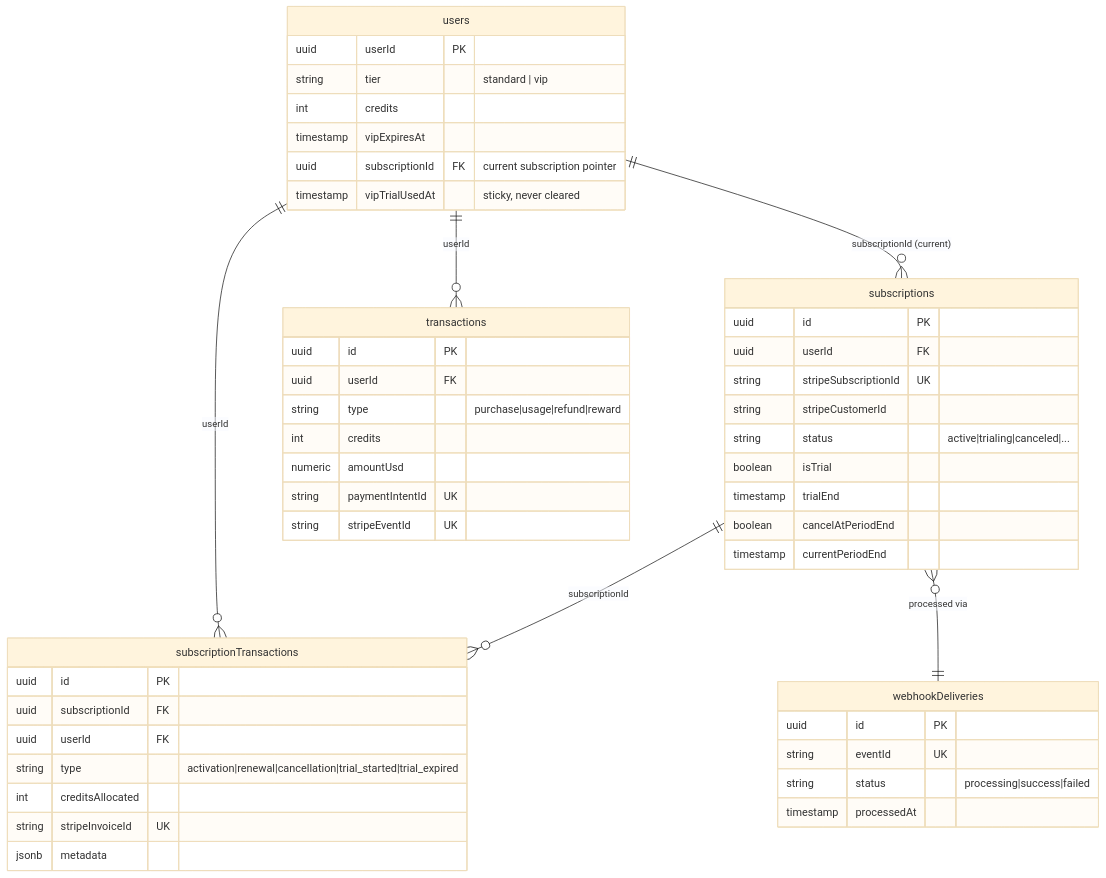
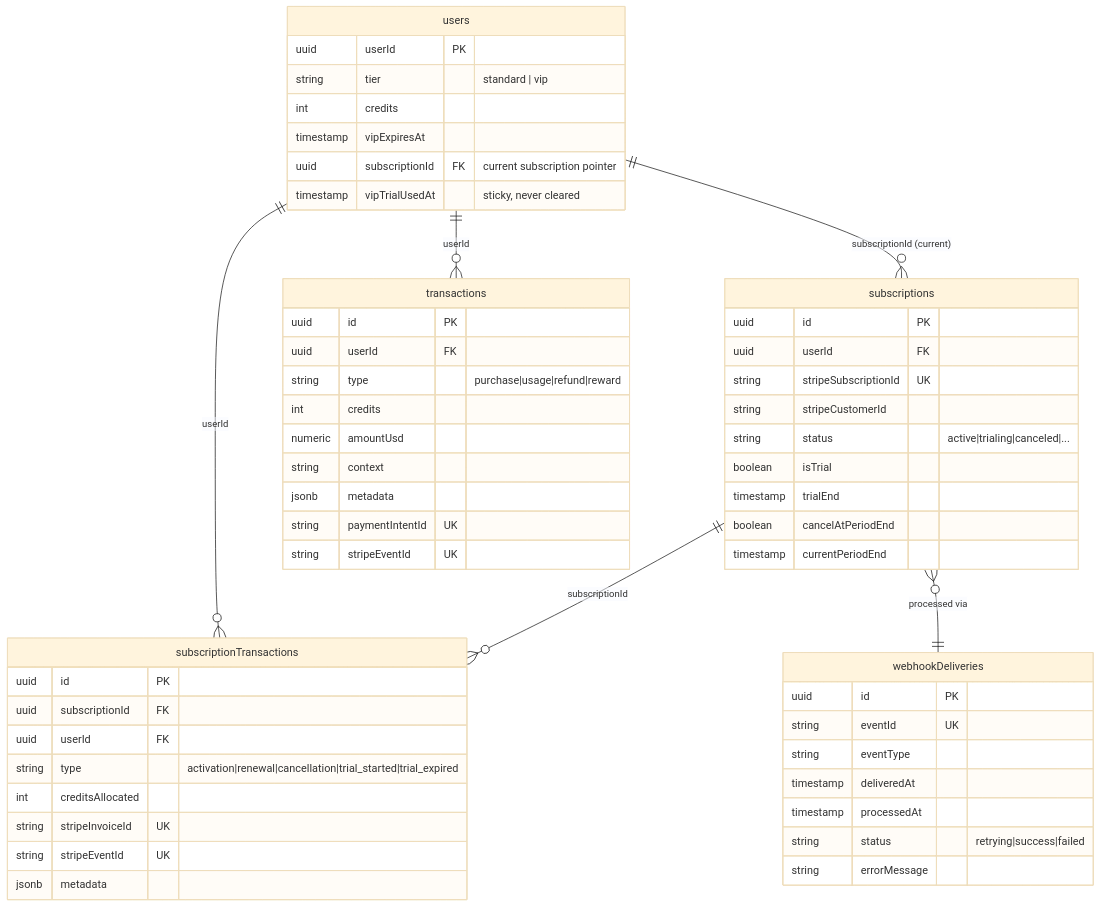
The second of 6 diagrams in docs/architecture/PAYMENTS_ARCHITECTURE_BACKEND.md (txufiknr/Twistloom-backend), drawn with Mermaid (base theme) before and after one commit. The commit also changed other lines of this file and 15 other files, not shown here.

````diff
--- a/docs/architecture/PAYMENTS_ARCHITECTURE_BACKEND.md
+++ b/docs/architecture/PAYMENTS_ARCHITECTURE_BACKEND.md
@@ -56,52 +56,58 @@
 ```mermaid
 erDiagram
     users ||--o{ subscriptions : "subscriptionId (current)"
     users ||--o{ transactions : "userId"
     users ||--o{ subscriptionTransactions : "userId"
     subscriptions ||--o{ subscriptionTransactions : "subscriptionId"
     subscriptions }o--|| webhookDeliveries : "processed via"
 
     users {
         uuid userId PK
         string tier "standard | vip"
         int credits
         timestamp vipExpiresAt
         uuid subscriptionId FK "current subscription pointer"
         timestamp vipTrialUsedAt "sticky, never cleared"
     }
     subscriptions {
         uuid id PK
         uuid userId FK
         string stripeSubscriptionId UK
         string stripeCustomerId
         string status "active|trialing|canceled|..."
         boolean isTrial
         timestamp trialEnd
         boolean cancelAtPeriodEnd
         timestamp currentPeriodEnd
     }
     subscriptionTransactions {
         uuid id PK
         uuid subscriptionId FK
         uuid userId FK
         string type "activation|renewal|cancellation|trial_started|trial_expired"
         int creditsAllocated
         string stripeInvoiceId UK
+        string stripeEventId UK
         jsonb metadata
     }
     transactions {
         uuid id PK
         uuid userId FK
         string type "purchase|usage|refund|reward"
         int credits
         numeric amountUsd
+        string context
+        jsonb metadata
         string paymentIntentId UK
         string stripeEventId UK
     }
     webhookDeliveries {
         uuid id PK
         string eventId UK
-        string status "processing|success|failed"
+        string eventType
+        timestamp deliveredAt
         timestamp processedAt
+        string status "retrying|success|failed"
+        string errorMessage
     }
 ```
````
